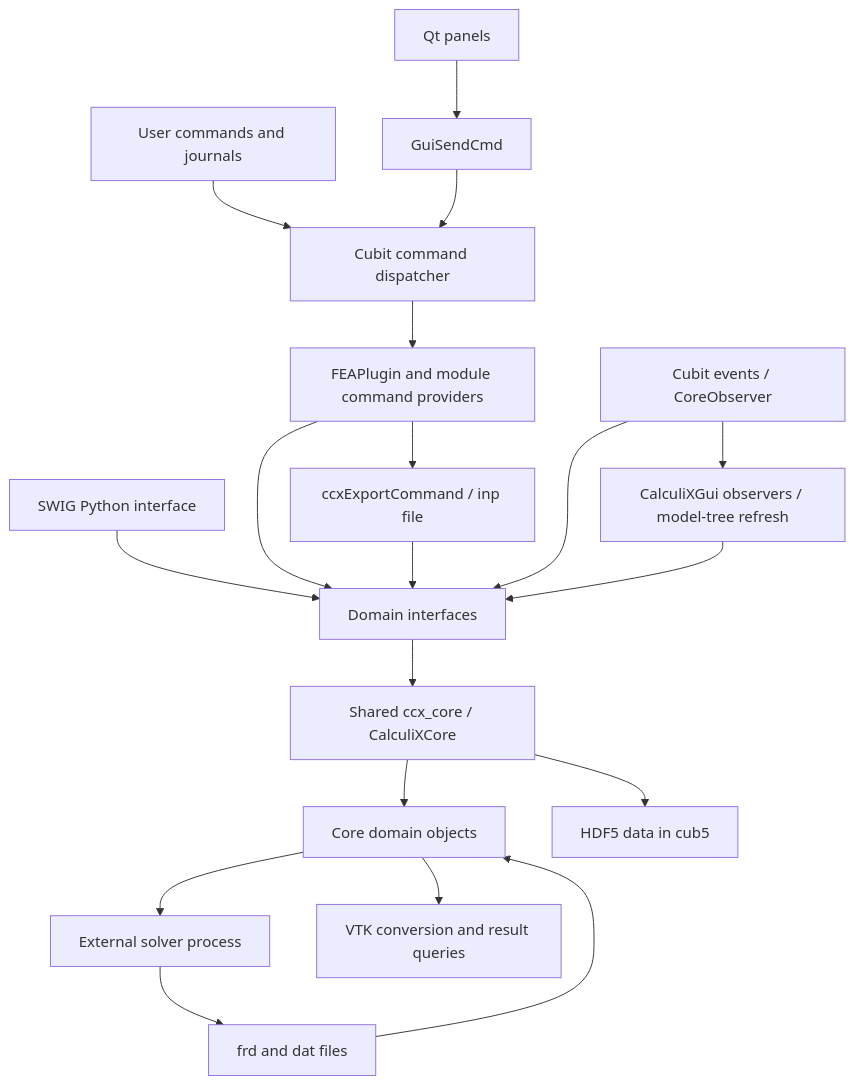
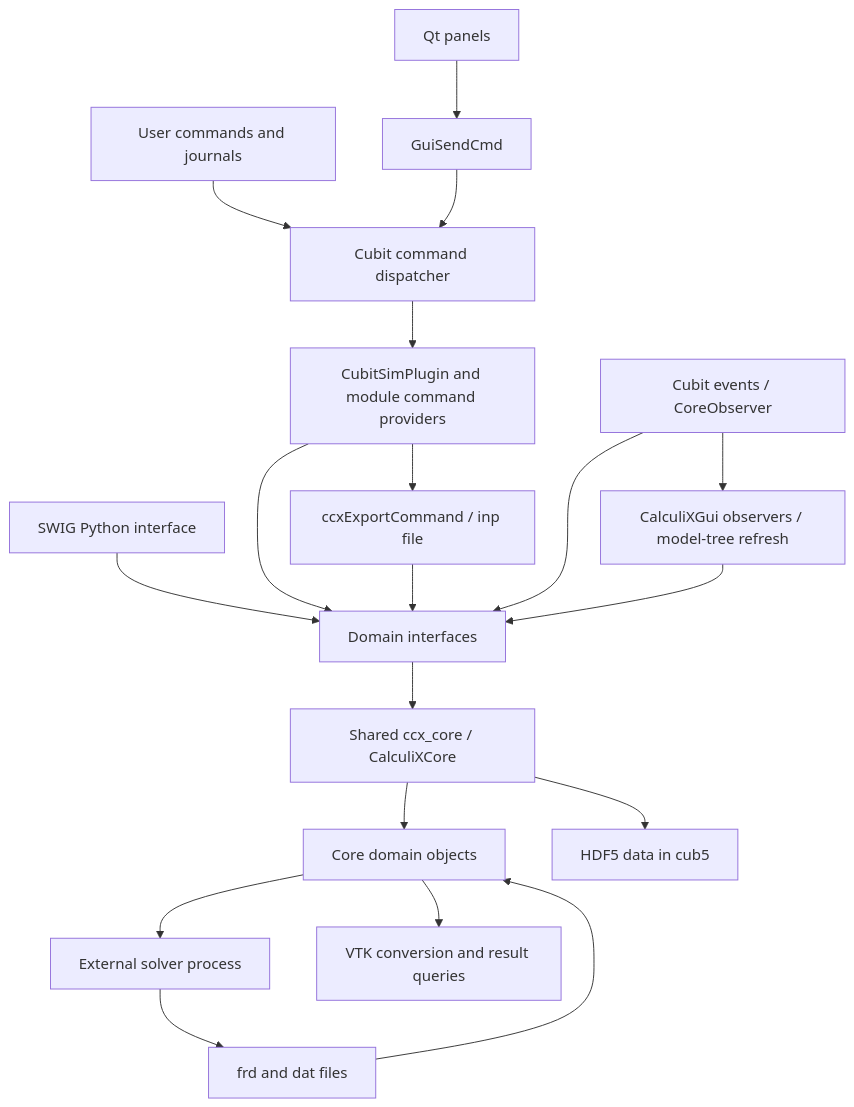
The diagram in docs/architecture.md (calculix/Cubit-CalculiX), drawn with Mermaid before and after one commit. The commit also changed other lines of this file and 317 other files, not shown here.

````diff
--- a/docs/architecture.md
+++ b/docs/architecture.md
@@ -11,21 +11,21 @@
 ```mermaid
 flowchart TD
     J[User commands and journals] --> C[Cubit command dispatcher]
     G[Qt panels] --> S[GuiSendCmd]
     S --> C
-    C --> P[FEAPlugin and module command providers]
+    C --> P[CubitSimPlugin and module command providers]
     P --> I[Domain interfaces]
     PY[SWIG Python interface] --> I
     I --> M[Shared ccx_core / CalculiXCore]
     M --> D[Core domain objects]
     O[Cubit events / CoreObserver] --> I
     O --> V[CalculiXGui observers / model-tree refresh]
     V --> I
     M --> H[HDF5 data in cub5]
     P --> E[ccxExportCommand / inp file]
     E --> I
     D --> X[External solver process]
     X --> R[frd and dat files]
     R --> D
     D --> W[VTK conversion and result queries]
 ```
````
